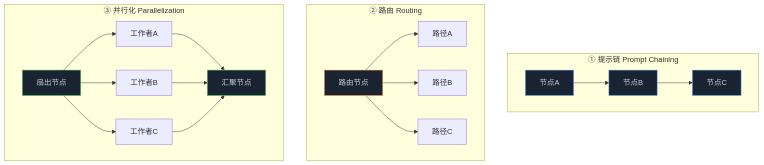
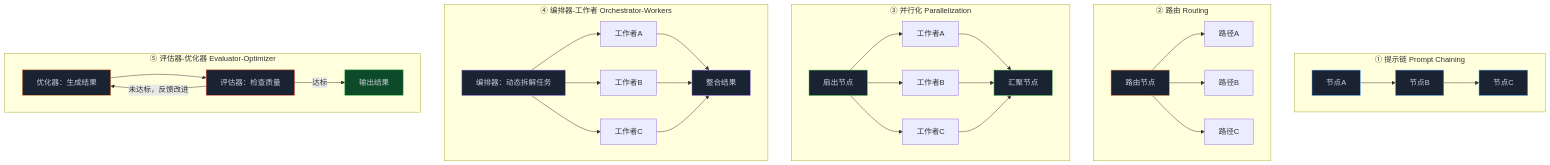
One commit to qiubohong/qiubohong.github.io changed the fifth of 5 diagrams in source/source/_posts/ailearn/graph/1.md. Above: the diagram before and after it, drawn with Mermaid. The commit also changed other lines of this file and 670 other files, not shown here.

````diff
--- a/source/source/_posts/ailearn/graph/1.md
+++ b/source/source/_posts/ailearn/graph/1.md
@@ -271,25 +271,43 @@
 ```mermaid
 graph TD
     subgraph "① 提示链 Prompt Chaining"
         A1[节点A] --> A2[节点B] --> A3[节点C]
     end
     subgraph "② 路由 Routing"
         B1[路由节点] --> B2[路径A]
         B1 --> B3[路径B]
         B1 --> B4[路径C]
     end
     subgraph "③ 并行化 Parallelization"
         C1[扇出节点] --> C2[工作者A]
         C1 --> C3[工作者B]
         C1 --> C4[工作者C]
         C2 --> C5[汇聚节点]
         C3 --> C5
         C4 --> C5
     end
+    subgraph "④ 编排器-工作者 Orchestrator-Workers"
+        D1[编排器：动态拆解任务] --> D2[工作者A]
+        D1 --> D3[工作者B]
+        D1 --> D4[工作者C]
+        D2 --> D5[整合结果]
+        D3 --> D5
+        D4 --> D5
+    end
+    subgraph "⑤ 评估器-优化器 Evaluator-Optimizer"
+        E1[优化器：生成结果] --> E2[评估器：检查质量]
+        E2 -->|未达标，反馈改进| E1
+        E2 -->|达标| E3[输出结果]
+    end
     style A1 fill:#1a2332,stroke:#58a6ff,color:#c9d1d9
     style A2 fill:#1a2332,stroke:#58a6ff,color:#c9d1d9
     style A3 fill:#1a2332,stroke:#58a6ff,color:#c9d1d9
     style B1 fill:#1a2332,stroke:#f0883e,color:#c9d1d9
     style C1 fill:#1a2332,stroke:#3fb950,color:#c9d1d9
     style C5 fill:#1a2332,stroke:#3fb950,color:#c9d1d9
+    style D1 fill:#1a2332,stroke:#a371f7,color:#c9d1d9
+    style D5 fill:#1a2332,stroke:#a371f7,color:#c9d1d9
+    style E1 fill:#1a2332,stroke:#f0883e,color:#c9d1d9
+    style E2 fill:#1a2332,stroke:#f85149,color:#c9d1d9
+    style E3 fill:#0d4a2a,stroke:#3fb950,color:#c9d1d9
 ```
````
